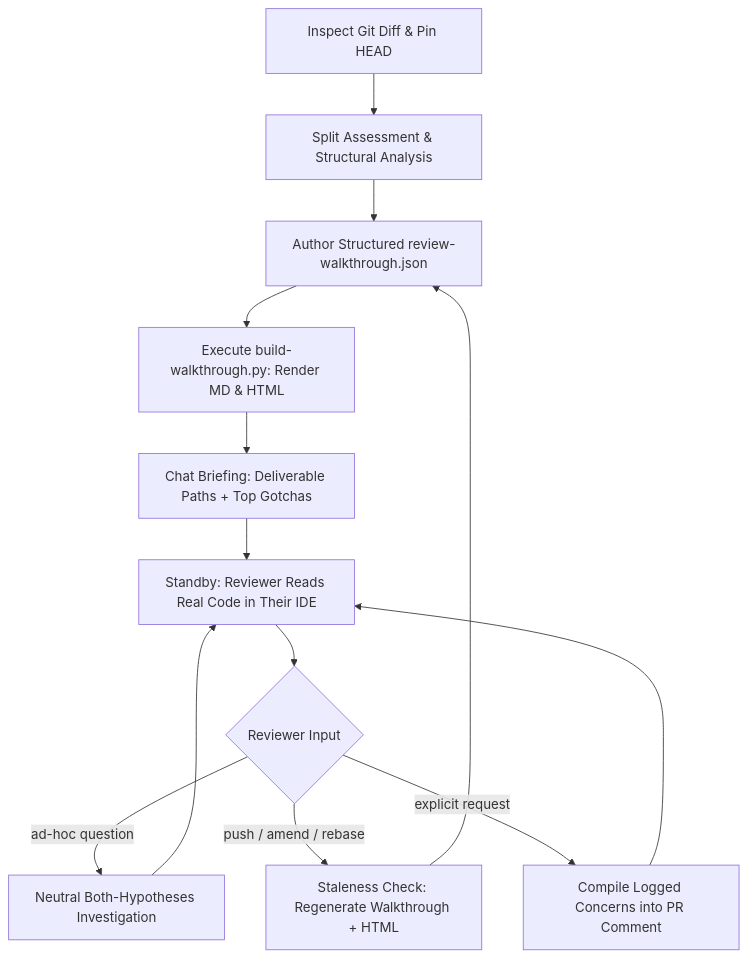
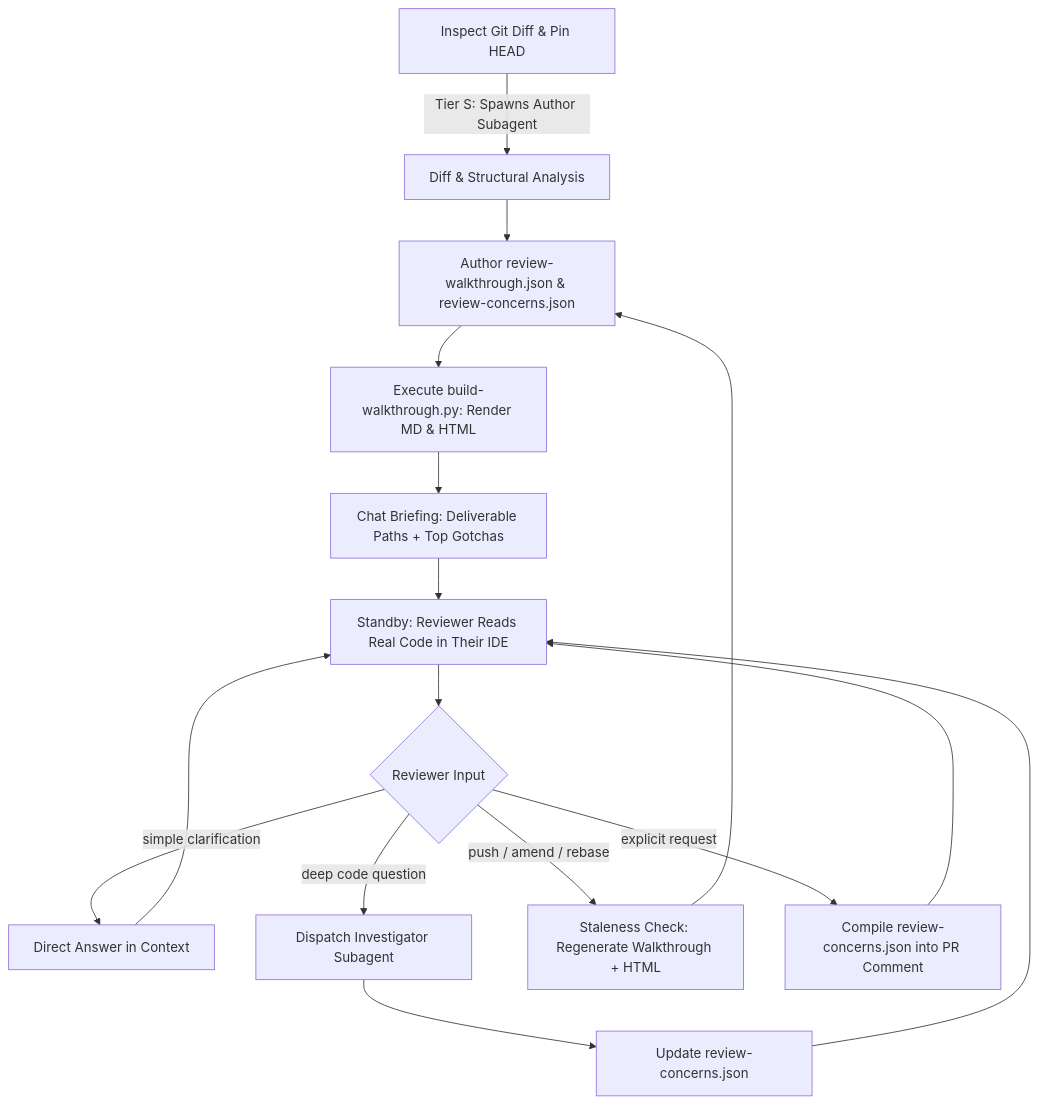
One commit to SMhdAsadi/my-skills changed the diagram in skills/review-walkthrough/README.md. Above: the diagram before and after it, drawn with Mermaid. The commit also changed other lines of this file and 4 other files, not shown here.

Commit message:
feat(review-walkthrough): add subagent context preservation and persistent review concerns (v3.4.0)

````diff
--- a/skills/review-walkthrough/README.md
+++ b/skills/review-walkthrough/README.md
@@ -77,15 +79,18 @@
 ```mermaid
 flowchart TD
-    A[Inspect Git Diff & Pin HEAD] --> B[Split Assessment & Structural Analysis]
-    B --> C[Author Structured review-walkthrough.json]
+    A[Inspect Git Diff & Pin HEAD] -->|Tier S: Spawns Author Subagent| B[Diff & Structural Analysis]
+    B --> C[Author review-walkthrough.json & review-concerns.json]
     C --> C2[Execute build-walkthrough.py: Render MD & HTML]
     C2 --> D[Chat Briefing: Deliverable Paths + Top Gotchas]
     D --> E[Standby: Reviewer Reads Real Code in Their IDE]
     E --> F{Reviewer Input}
-    F -- "ad-hoc question" --> G[Neutral Both-Hypotheses Investigation]
-    G --> E
+    F -- "simple clarification" --> G1[Direct Answer in Context]
+    G1 --> E
+    F -- "deep code question" --> G2[Dispatch Investigator Subagent]
+    G2 --> G3[Update review-concerns.json]
+    G3 --> E
     F -- "push / amend / rebase" --> H[Staleness Check: Regenerate Walkthrough + HTML]
     H --> C
-    F -- "explicit request" --> I[Compile Logged Concerns into PR Comment]
+    F -- "explicit request" --> I[Compile review-concerns.json into PR Comment]
     I --> E
 ```
````
